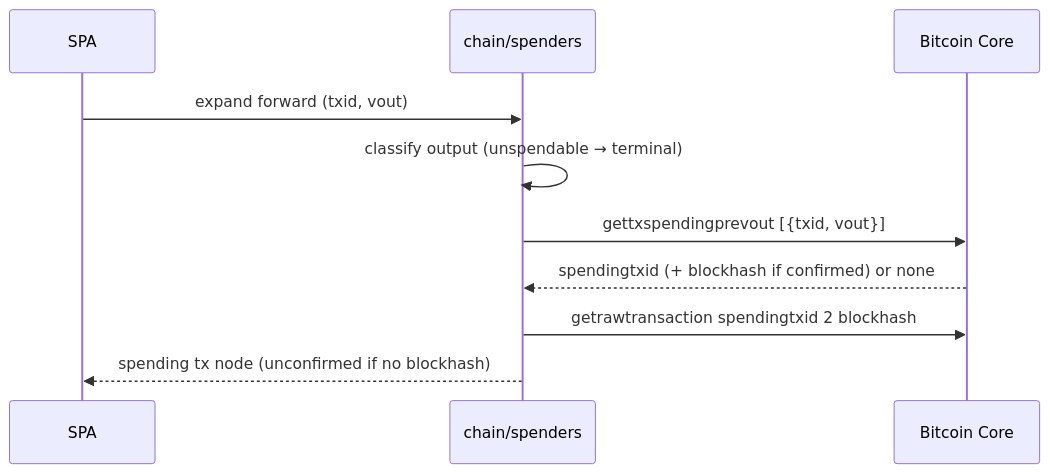
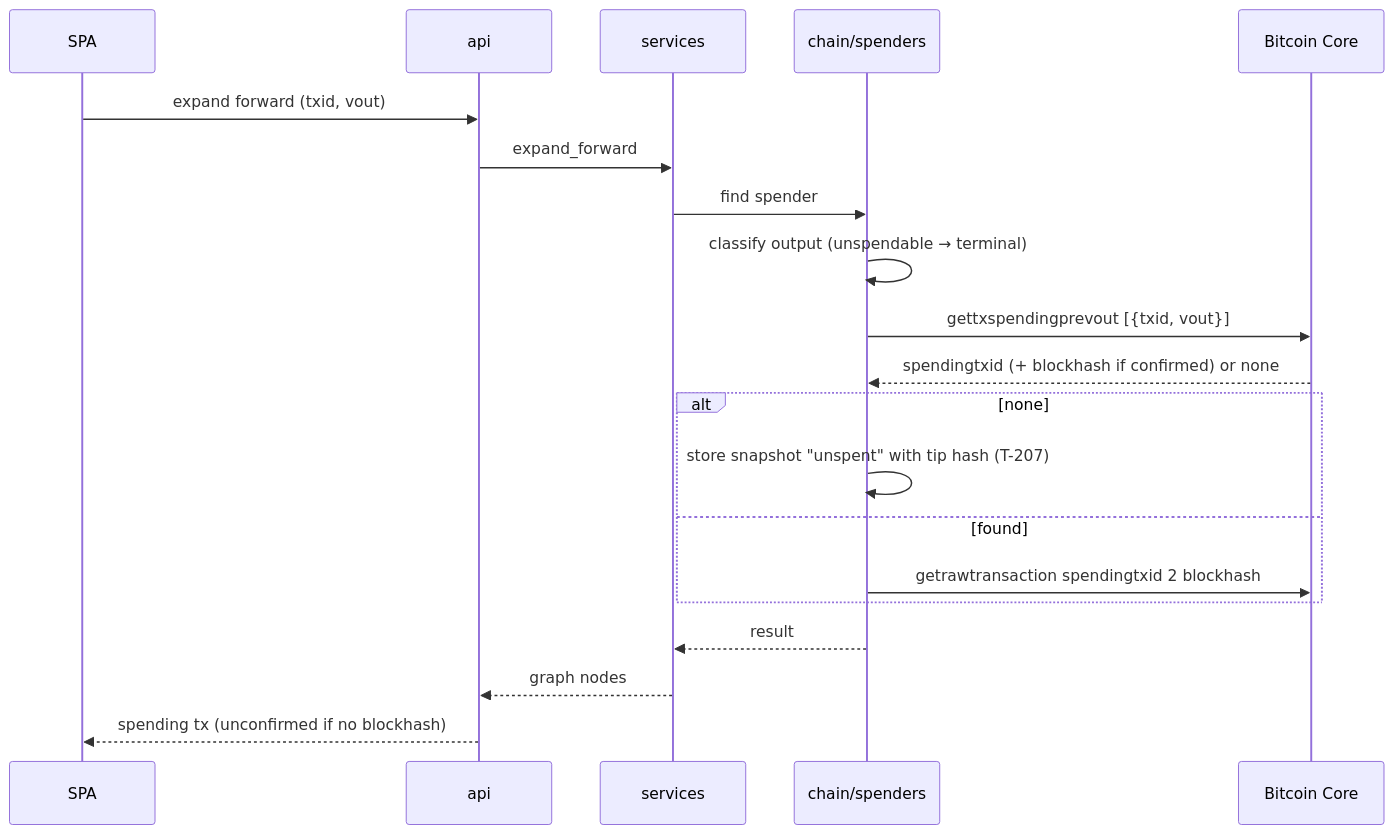
The seventh of 9 diagrams in docs/architecture.md (kristovatlas/coin-accounting), drawn with Mermaid before and after one commit. The commit also changed other lines of this file and 3 other files, not shown here.

First line of the commit message:
Architecture v0.2 and aligned docs: address Opus 5.5 and Codex review of PR #5

````diff
--- a/docs/architecture.md
+++ b/docs/architecture.md
@@ -218,12 +328,22 @@
 ```mermaid
 sequenceDiagram
   participant U as SPA
+  participant A as api
+  participant V as services
   participant C as chain/spenders
   participant N as Bitcoin Core
-  U->>C: expand forward (txid, vout)
+  U->>A: expand forward (txid, vout)
+  A->>V: expand_forward
+  V->>C: find spender
   C->>C: classify output (unspendable → terminal)
   C->>N: gettxspendingprevout [{txid, vout}]
   N-->>C: spendingtxid (+ blockhash if confirmed) or none
-  C->>N: getrawtransaction spendingtxid 2 blockhash
-  C-->>U: spending tx node (unconfirmed if no blockhash)
+  alt none
+    C->>C: store snapshot "unspent" with tip hash (T-207)
+  else found
+    C->>N: getrawtransaction spendingtxid 2 blockhash
+  end
+  C-->>V: result
+  V-->>A: graph nodes
+  A-->>U: spending tx (unconfirmed if no blockhash)
 ```
````
